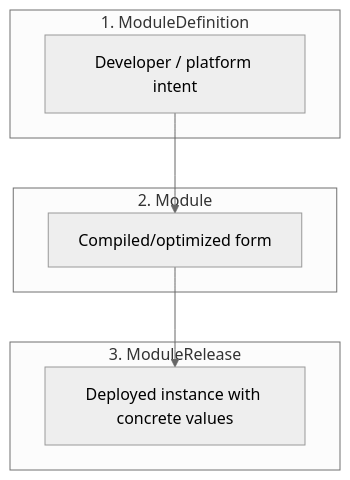
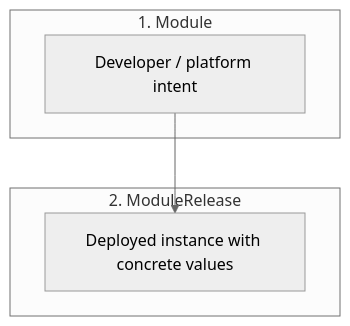
One commit to open-platform-model/opm changed the diagram in README.md. Above: the diagram before and after it, drawn with Mermaid (neutral theme). The commit also changed other lines of this file and 108 other files, not shown here.

````diff
--- a/README.md
+++ b/README.md
@@ -217,17 +165,13 @@
 ```mermaid
 graph TB
 
-subgraph "1. ModuleDefinition"
-  MD[Developer / platform intent]
+subgraph "1. Module"
+  MOD[Developer / platform intent]
 end
 
-subgraph "2. Module"
-  MOD[Compiled/optimized form]
-end
-
-subgraph "3. ModuleRelease"
+subgraph "2. ModuleRelease"
   MR[Deployed instance with concrete values]
 end
 
-MD --> MOD --> MR
+MOD --> MR
 ```
````
